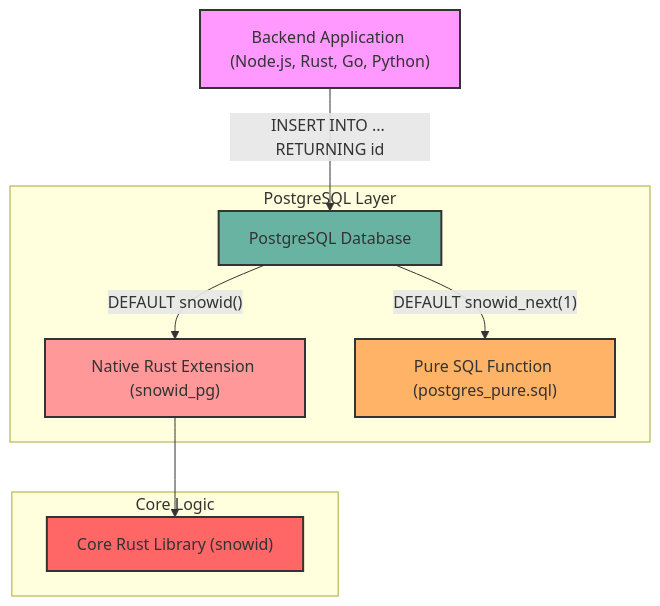
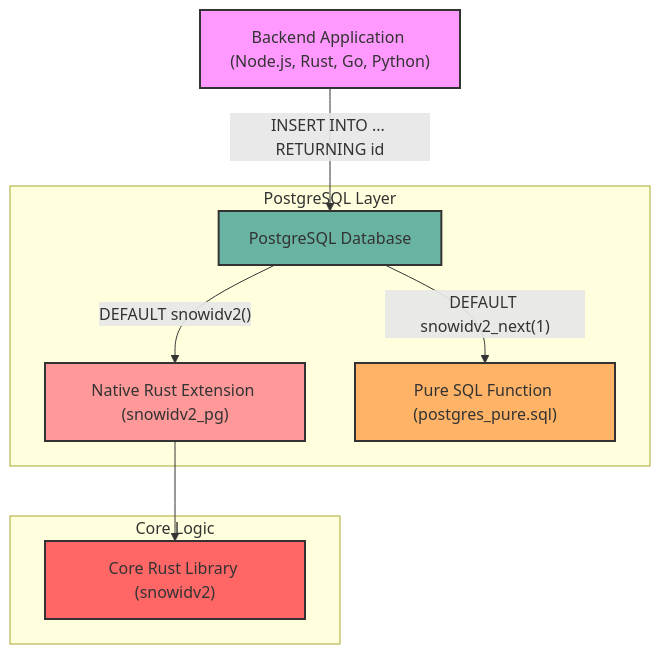
One commit to Owenb135/SnowIDv2 changed the diagram in README.md. Above: the diagram before and after it, drawn with Mermaid. The commit also changed other lines of this file and 28 other files, not shown here.

Commit message:
refactor: Rename snowid to snowidv2 globally across project

````diff
--- a/README.md
+++ b/README.md
@@ -24,19 +24,19 @@
 ```mermaid
 graph TD
     App["Backend Application (Node.js, Rust, Go, Python)"] -->|INSERT INTO ... RETURNING id| PG["PostgreSQL Database"]
     
     subgraph PostgreSQL Layer
-        PG -->|"DEFAULT snowid()"| NativeExt["Native Rust Extension (snowid_pg)"]
-        PG -->|"DEFAULT snowid_next(1)"| PureSQL["Pure SQL Function (postgres_pure.sql)"]
+        PG -->|"DEFAULT snowidv2()"| NativeExt["Native Rust Extension (snowidv2_pg)"]
+        PG -->|"DEFAULT snowidv2_next(1)"| PureSQL["Pure SQL Function (postgres_pure.sql)"]
     end
     
     subgraph Core Logic
-        NativeExt --> Core["Core Rust Library (snowid)"]
+        NativeExt --> Core["Core Rust Library (snowidv2)"]
     end
     
     style App fill:#f9f,stroke:#333,stroke-width:2px
     style PG fill:#69b3a2,stroke:#333,stroke-width:2px
     style NativeExt fill:#ff9999,stroke:#333,stroke-width:2px
     style PureSQL fill:#ffb366,stroke:#333,stroke-width:2px
     style Core fill:#ff6666,stroke:#333,stroke-width:2px
 ```
````
